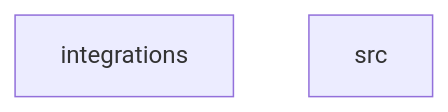
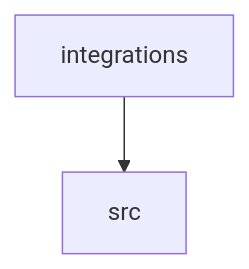
One commit to Denissvgn/python-wiki-llm changed the diagram in docs/llm_wiki/dependencies.md. Above: the diagram before and after it, drawn with Mermaid. The commit also changed other lines of this file and 33 other files, not shown here.

````diff
--- a/docs/llm_wiki/dependencies.md
+++ b/docs/llm_wiki/dependencies.md
@@ -8,5 +8,6 @@
 ```mermaid
 flowchart TD
     n0["integrations"]
     n1["src"]
+    n0 --> n1
 ```
````
